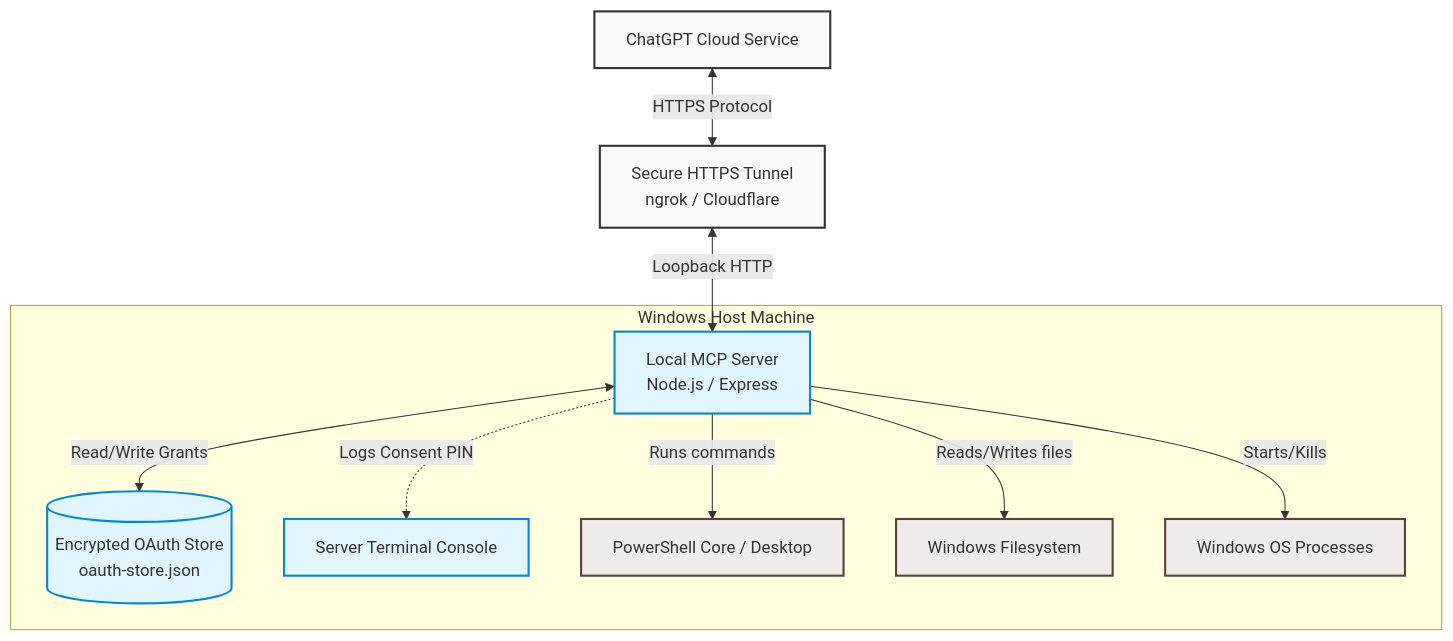
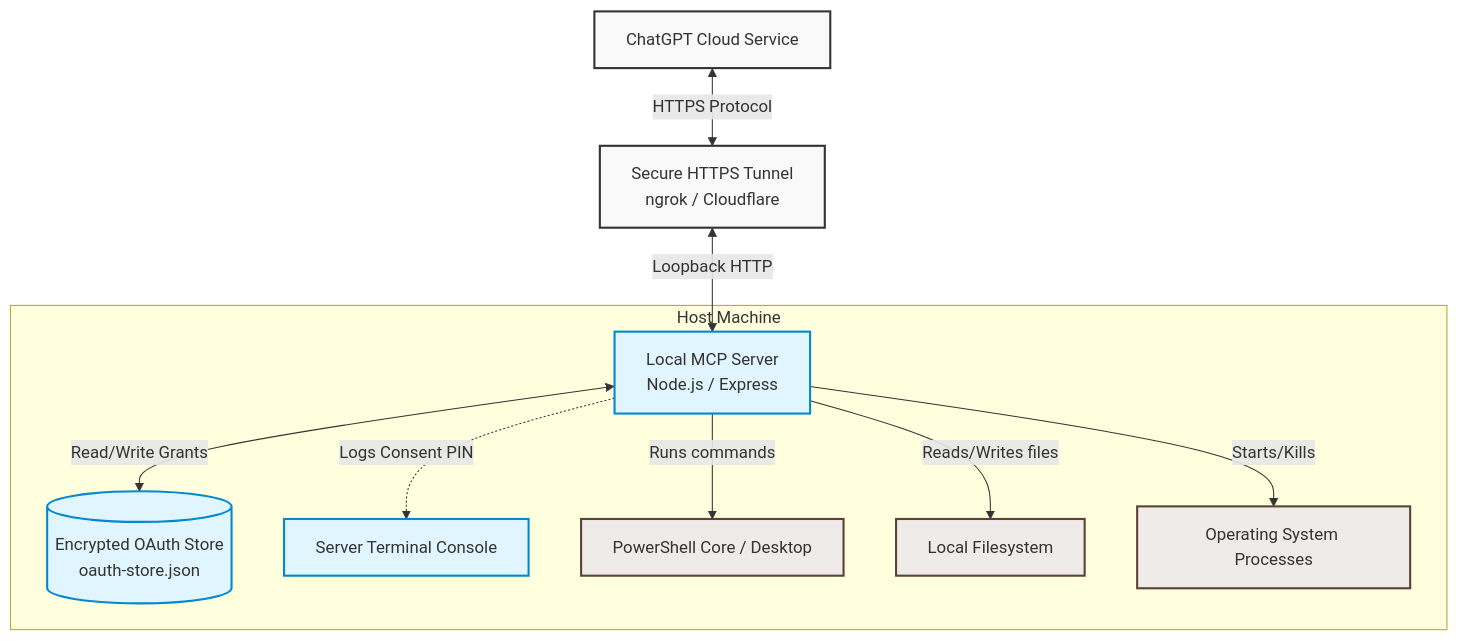
The first of 2 diagrams in README.md (DevDeepakBhattarai/win-codex), drawn with Mermaid before and after one commit. The commit also changed other lines of this file and 6 other files, not shown here.

````diff
--- a/README.md
+++ b/README.md
@@ -7,28 +7,28 @@
 ```mermaid
 graph TD
     classDef external fill:#f9f9f9,stroke:#333,stroke-width:2px;
     classDef secure fill:#e1f5fe,stroke:#0288d1,stroke-width:2px;
     classDef local fill:#efebe9,stroke:#5d4037,stroke-width:2px;
 
     GPT[ChatGPT Cloud Service]:::external
     Tunnel[Secure HTTPS Tunnel <br/> ngrok / Cloudflare]:::external
     
-    subgraph Windows Host Machine
+    subgraph Host Machine
         Server[Local MCP Server <br/> Node.js / Express]:::secure
         Store[(Encrypted OAuth Store <br/> oauth-store.json)]:::secure
         Console[Server Terminal Console]:::secure
         
         PS[PowerShell Core / Desktop]:::local
-        FS[Windows Filesystem]:::local
-        Proc[Windows OS Processes]:::local
+        FS[Local Filesystem]:::local
+        Proc[Operating System Processes]:::local
     end
 
     GPT <-->|HTTPS Protocol| Tunnel
     Tunnel <-->|Loopback HTTP| Server
     Server <-->|Read/Write Grants| Store
     Server -.->|Logs Consent PIN| Console
     
     Server -->|Runs commands| PS
     Server -->|Reads/Writes files| FS
     Server -->|Starts/Kills| Proc
 ```
````
